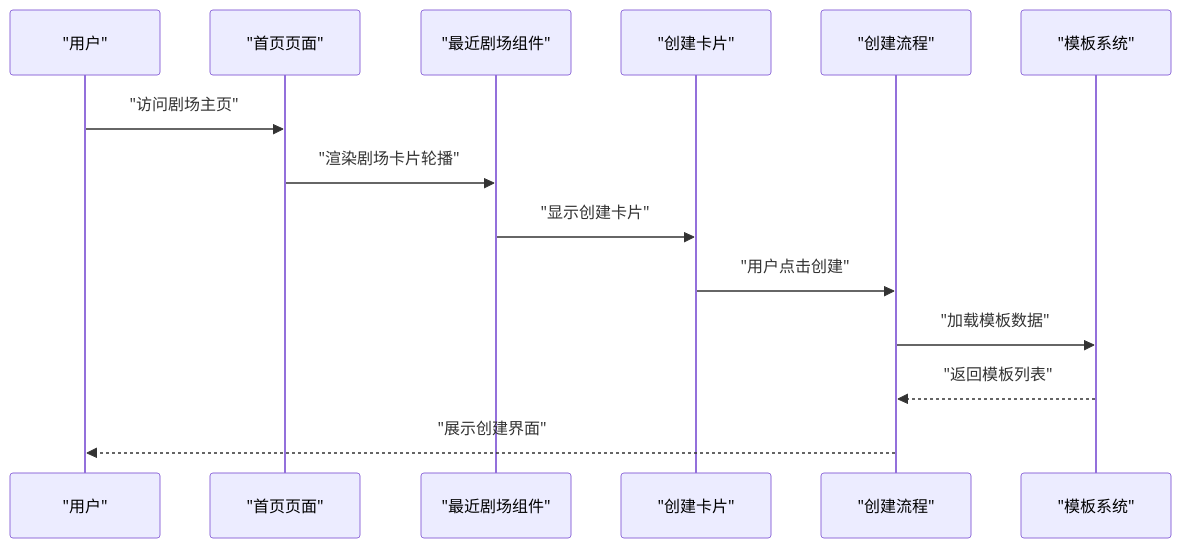
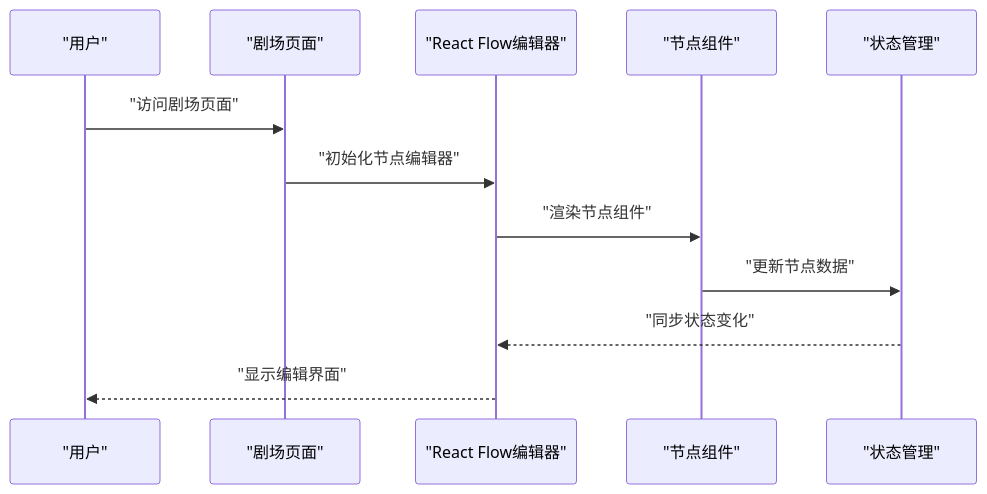
Before and after one commit to KunLabAI/KunFlix: the second of 4 diagrams in .qoder/repowiki/zh/content/前端开发指南/游戏画布渲染系统.md, drawn with Mermaid. The commit also changed other lines of this file and 88 other files, not shown here.

````diff
--- a/.qoder/repowiki/zh/content/前端开发指南/游戏画布渲染系统.md
+++ b/.qoder/repowiki/zh/content/前端开发指南/游戏画布渲染系统.md
@@ -126,16 +131,14 @@
 ```mermaid
 sequenceDiagram
 participant U as "用户"
-participant H as "首页页面"
-participant RG as "最近剧场组件"
-participant CG as "创建卡片"
-participant CC as "创建流程"
-participant TS as "模板系统"
-U->>H : "访问剧场主页"
-H->>RG : "渲染剧场卡片轮播"
-RG->>CG : "显示创建卡片"
-CG->>CC : "用户点击创建"
-CC->>TS : "加载模板数据"
-TS-->>CC : "返回模板列表"
-CC-->>U : "展示创建界面"
+participant TP as "剧场页面"
+participant RC as "React Flow编辑器"
+participant NC as "节点组件"
+participant SC as "状态管理"
+U->>TP : "访问剧场页面"
+TP->>RC : "初始化节点编辑器"
+RC->>NC : "渲染节点组件"
+NC->>SC : "更新节点数据"
+SC-->>RC : "同步状态变化"
+RC-->>U : "显示编辑界面"
 ```
````
